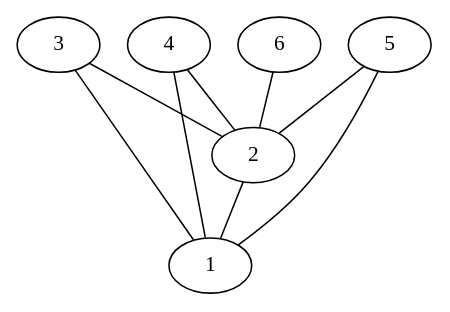
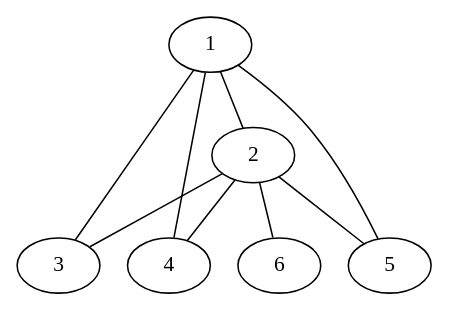
One commit to oleander/data-mining changed the diagram in assignment2/1.dot. Above: the diagram before and after it, drawn with Graphviz. The commit also changed 6 other files, not shown here.

Commit message:
fresh graphs

```diff
--- a/assignment2/1.dot
+++ b/assignment2/1.dot
@@ -1,11 +1,10 @@
-graph graphname {
-  
-2 -- 1;
-3 -- 1;
-3 -- 2;
-4 -- 1;
-4 -- 2;
-5 -- 1;
-5 -- 2;
-6 -- 2;
+graph ex1 {
+  1 -- 2;
+  1 -- 3;
+  1 -- 4;
+  1 -- 5;
+  2 -- 3;
+  2 -- 4;
+  2 -- 5;
+  2 -- 6;
 }
```
